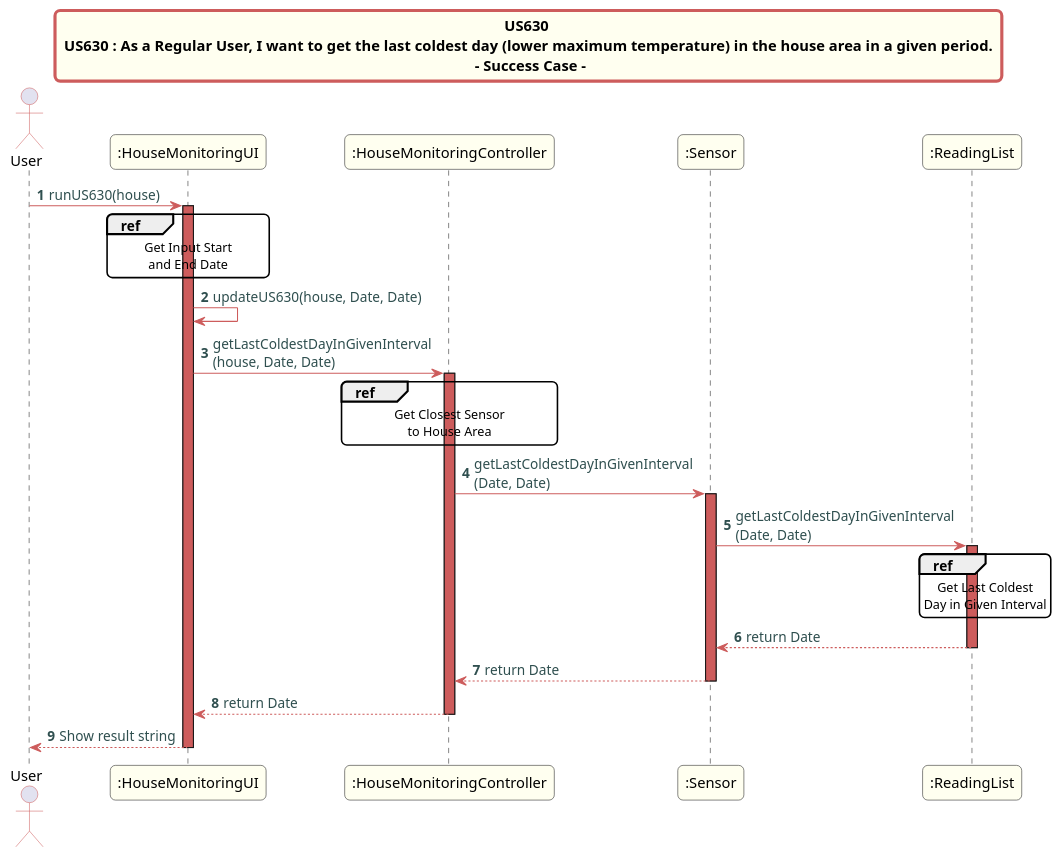
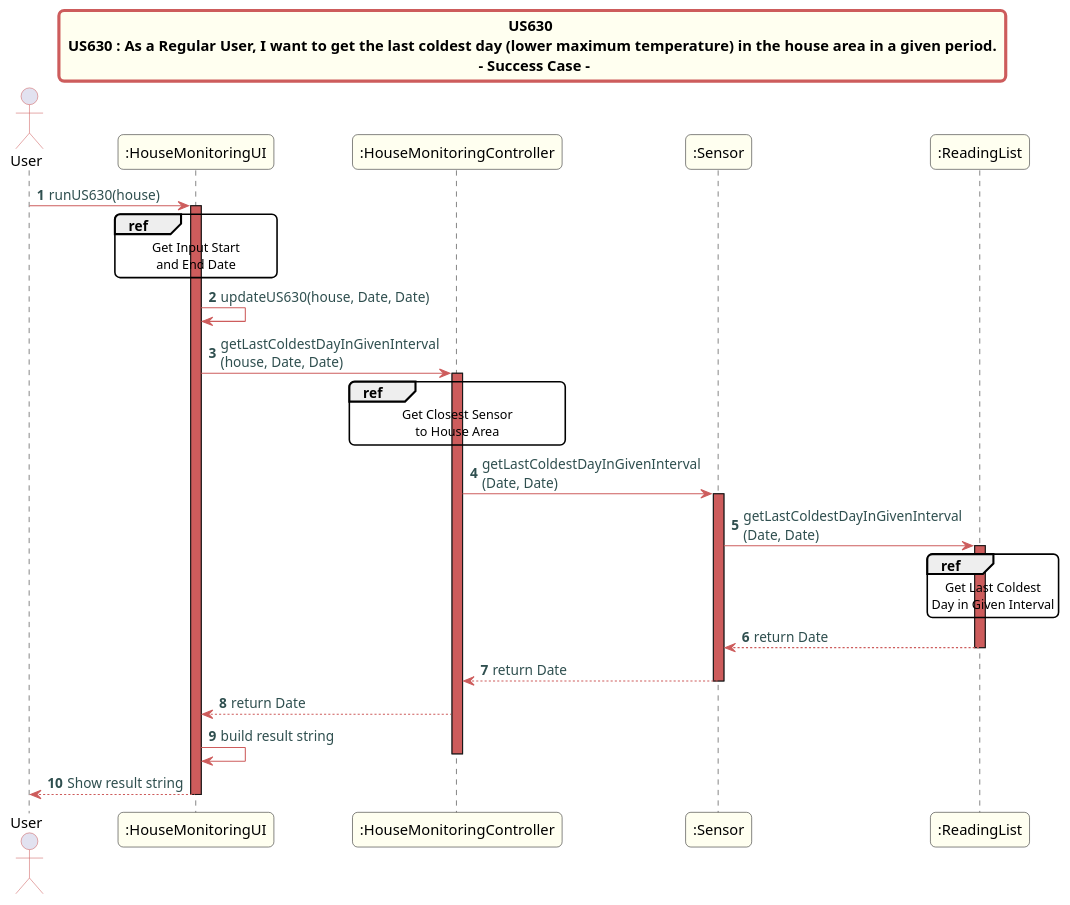
Before and after one commit to Almadanmp/project: the diagram in src/doc/Controllers/HouseMonitoring/US630/US630_sd_HouseMonotoring.puml, drawn with PlantUML. The commit also changed 1 other file, not shown here.

Commit message:
REF #159 - UML Corrections

```diff
--- a/src/doc/Controllers/HouseMonitoring/US630/US630_sd_HouseMonotoring.puml
+++ b/src/doc/Controllers/HouseMonitoring/US630/US630_sd_HouseMonotoring.puml
@@ -1,53 +1,54 @@
 @startuml
 skinparam titleBorderRoundCorner 10
 skinparam titleBorderThickness 3
 skinparam titleBorderColor indianred
 skinparam titleBackgroundColor ivory
 skinparam FontName quicksand
 skinparam actor {
   BorderColor indianred
   }
 skinparam sequence {
   LifeLineBackgroundColor indianred
   ParticipantBackgroundColor ivory
 }
 skinparam roundcorner 10
 skinparam component {
   arrowThickness 1
   ArrowFontName Verdana
   ArrowColor indianred
   ArrowFontColor darkslategrey
 }
 title US630 \n US630 : As a Regular User, I want to get the last coldest day (lower maximum temperature) in the house area in a given period. \n - Success Case -
 autonumber
 actor User
 User -> ":HouseMonitoringUI": runUS630(house)
 activate ":HouseMonitoringUI"
 ref over ":HouseMonitoringUI"
 Get Input Start
 and End Date
 end ref
 ":HouseMonitoringUI" -> ":HouseMonitoringUI": updateUS630(house, Date, Date)
 ":HouseMonitoringUI" -> ":HouseMonitoringController": getLastColdestDayInGivenInterval\n(house, Date, Date)
 ref over ":HouseMonitoringController"
 Get Closest Sensor
 to House Area
 end ref
 activate ":HouseMonitoringController"
 ":HouseMonitoringController" -> ":Sensor": getLastColdestDayInGivenInterval\n(Date, Date)
 activate ":Sensor"
 ":Sensor" -> ":ReadingList": getLastColdestDayInGivenInterval\n(Date, Date)
 activate ":ReadingList"
 ref over ":ReadingList"
 Get Last Coldest
 Day in Given Interval
 end ref
 ":ReadingList" --> ":Sensor": return Date
 deactivate ":ReadingList"
 ":Sensor" --> ":HouseMonitoringController": return Date
 deactivate ":Sensor"
 ":HouseMonitoringController" --> ":HouseMonitoringUI": return Date
+":HouseMonitoringUI" -> ":HouseMonitoringUI": build result string
 deactivate ":HouseMonitoringController"
 ":HouseMonitoringUI" --> User: Show result string
 deactivate ":HouseMonitoringUI"
 @enduml
```
